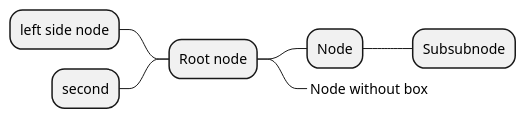
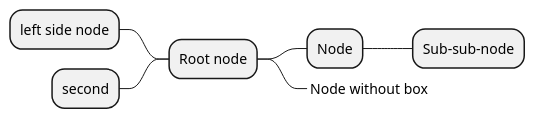
One commit to chraxo/UmlMarkdownCheatSheet changed diagram 28 of 32 in uml_markdown_summary.md. Above: the diagram before and after it, drawn with PlantUML. The commit also changed other lines of this file, not shown here.

```diff
--- a/uml_markdown_summary.md
+++ b/uml_markdown_summary.md
@@ -978,14 +1101,14 @@
 @startmindmap
 
 * Root node
 '* A second root node is not allowed
 ** Node
-*** Subsubnode
+*** Sub-sub-node
 **_ Node without box
 
 left side
 
 ** left side node
 ** second
 
 @endmindmap
```
